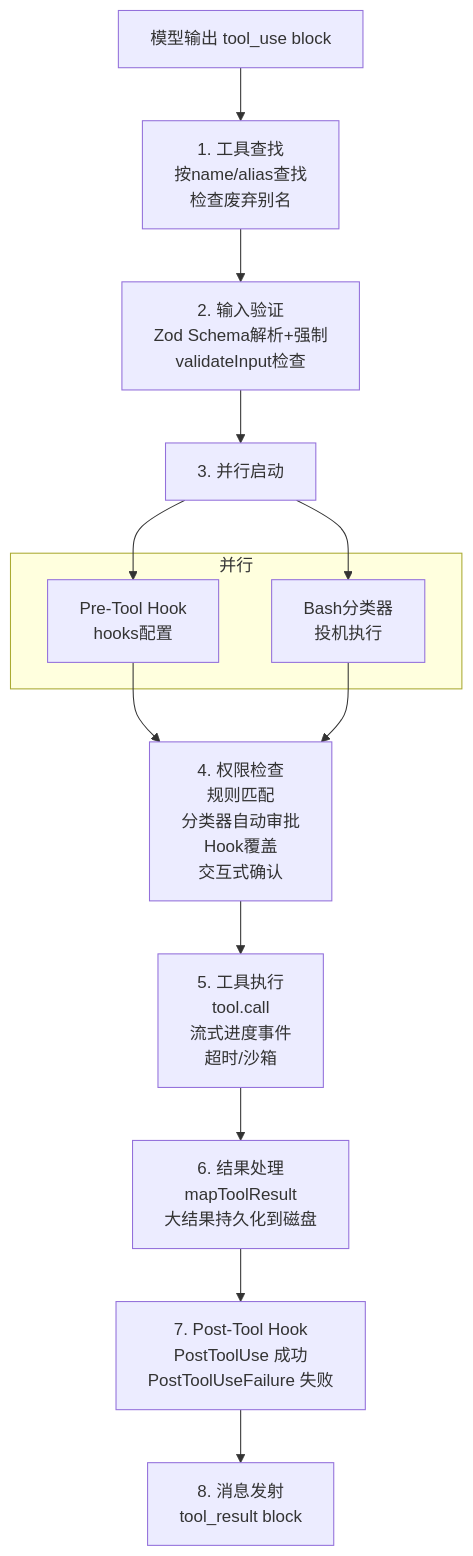
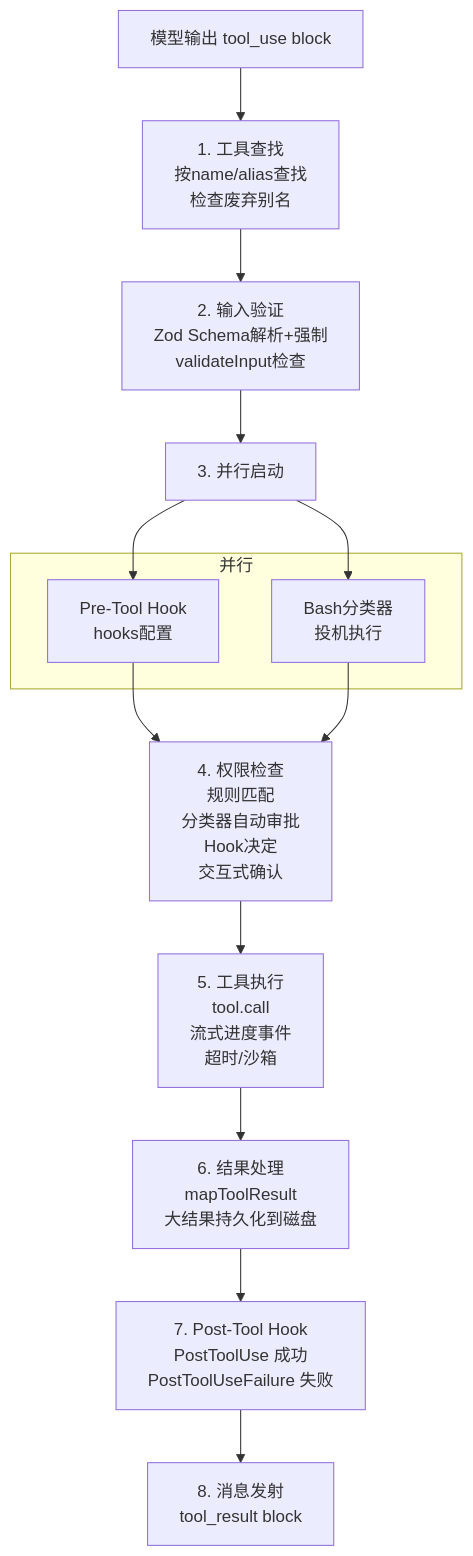
Before and after one commit to Windy3f3f3f3f/how-claude-code-works: the second of 4 diagrams in docs/04-tool-system.md, drawn with Mermaid. The commit also changed other lines of this file and 7 other files, not shown here.

````diff
--- a/docs/04-tool-system.md
+++ b/docs/04-tool-system.md
@@ -234,21 +234,21 @@
 ```mermaid
 flowchart TD
     Input[模型输出 tool_use block] --> Find[1. 工具查找<br/>按name/alias查找<br/>检查废弃别名]
     Find --> Validate[2. 输入验证<br/>Zod Schema解析+强制<br/>validateInput检查]
     Validate --> Parallel[3. 并行启动]
 
     subgraph 并行
         Hook[Pre-Tool Hook<br/>hooks配置]
         Classifier[Bash分类器<br/>投机执行]
     end
 
     Parallel --> Hook
     Parallel --> Classifier
-    Hook --> Perm[4. 权限检查<br/>规则匹配<br/>分类器自动审批<br/>Hook覆盖<br/>交互式确认]
+    Hook --> Perm[4. 权限检查<br/>规则匹配<br/>分类器自动审批<br/>Hook决定<br/>交互式确认]
     Classifier --> Perm
 
     Perm --> Exec[5. 工具执行<br/>tool.call<br/>流式进度事件<br/>超时/沙箱]
     Exec --> Result[6. 结果处理<br/>mapToolResult<br/>大结果持久化到磁盘]
     Result --> PostHook[7. Post-Tool Hook<br/>PostToolUse 成功<br/>PostToolUseFailure 失败]
     PostHook --> Emit[8. 消息发射<br/>tool_result block]
 ```
````
